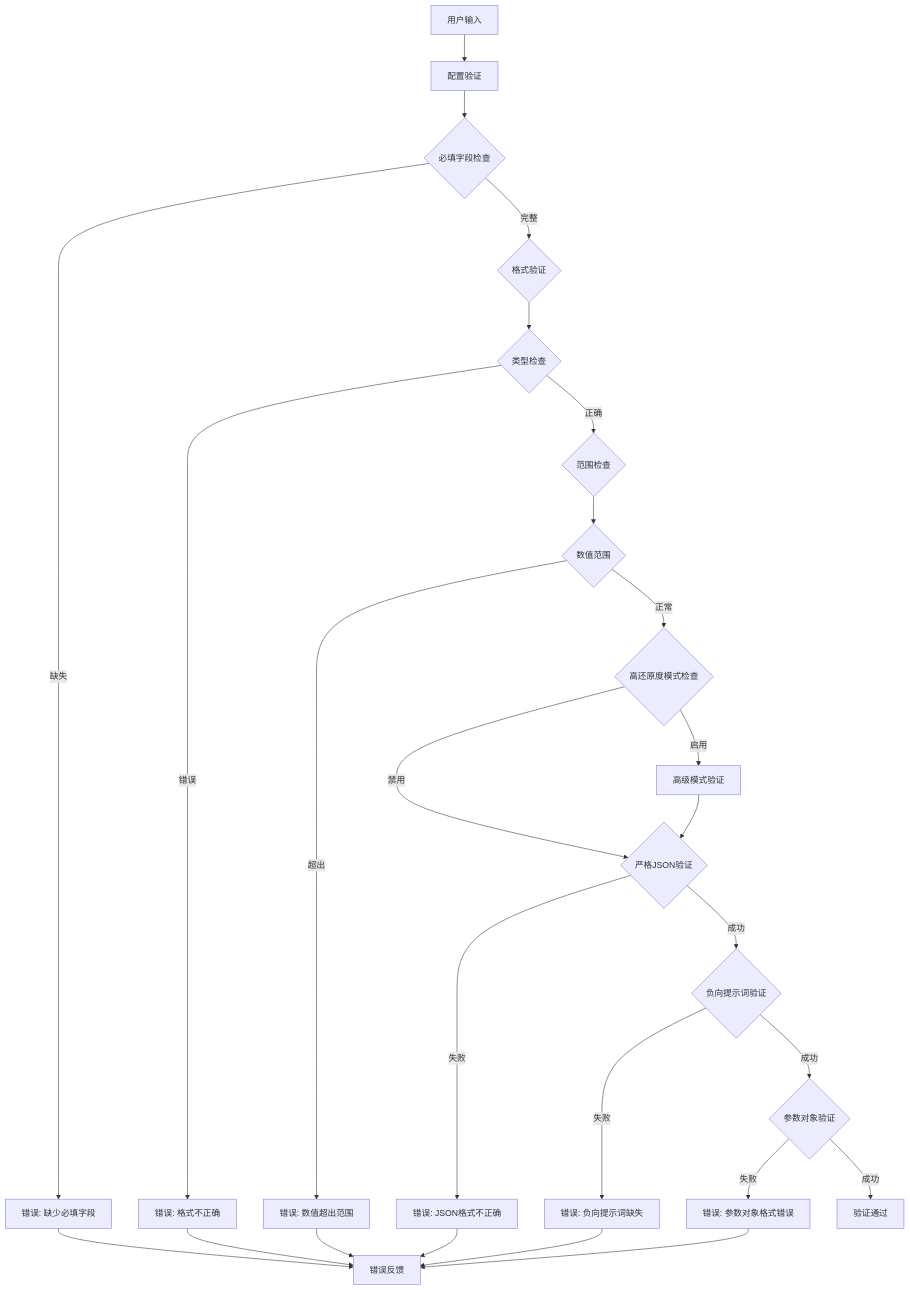
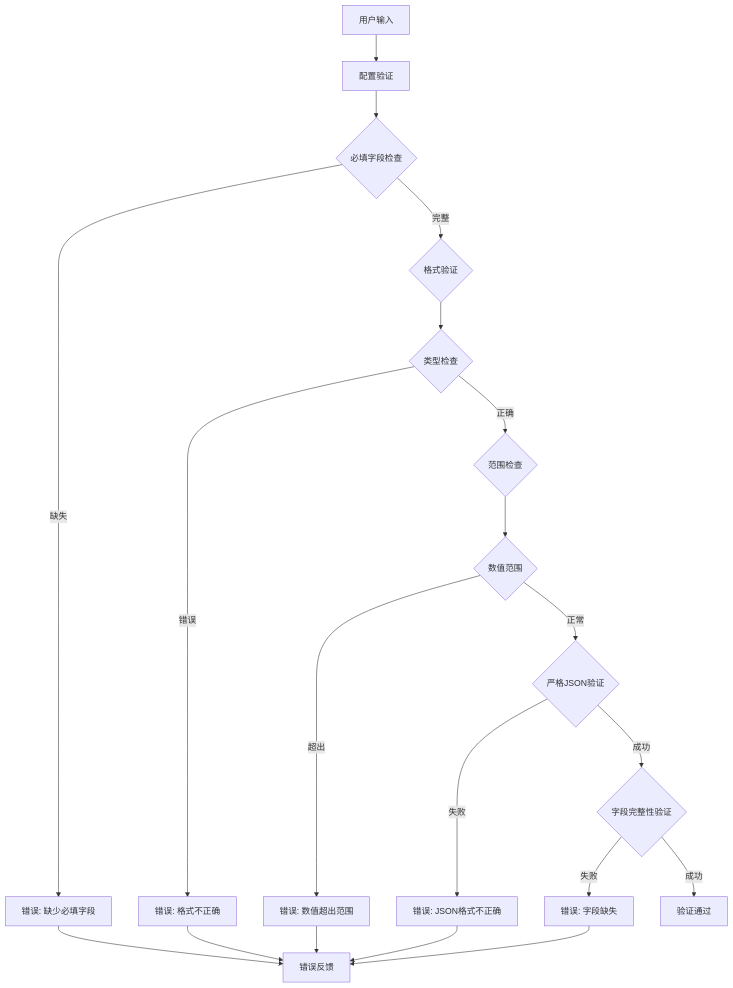
One commit to binasi/Img2Prompt changed the ninth of 11 diagrams in .qoder/repowiki/zh/content/技术架构/核心模块分析/配置管理模块 (config.js).md. Above: the diagram before and after it, drawn with Mermaid. The commit also changed other lines of this file and 9 other files, not shown here.

````diff
--- a/.qoder/repowiki/zh/content/技术架构/核心模块分析/配置管理模块 (config.js).md
+++ b/.qoder/repowiki/zh/content/技术架构/核心模块分析/配置管理模块 (config.js).md
@@ -583,28 +632,22 @@
 ```mermaid
 flowchart TD
 Input[用户输入] --> Validation[配置验证]
 Validation --> Required{必填字段检查}
 Required --> |缺失| Error1[错误: 缺少必填字段]
 Required --> |完整| Format{格式验证}
 Format --> Type{类型检查}
 Type --> |错误| Error2[错误: 格式不正确]
 Type --> |正确| Range{范围检查}
 Range --> Value{数值范围}
 Value --> |超出| Error3[错误: 数值超出范围]
-Value --> |正常| RecreateMode{高还原度模式检查}
-RecreateMode --> |启用| AdvancedCheck[高级模式验证]
-RecreateMode --> |禁用| StrictJSON{严格JSON验证}
-AdvancedCheck --> StrictJSON
+Value --> |正常| StrictJSON{严格JSON验证}
 StrictJSON --> |失败| Error4[错误: JSON格式不正确]
-StrictJSON --> |成功| NegativePrompt{负向提示词验证}
-NegativePrompt --> |失败| Error5[错误: 负向提示词缺失]
-NegativePrompt --> |成功| Parameters{参数对象验证}
-Parameters --> |失败| Error6[错误: 参数对象格式错误]
-Parameters --> |成功| Success[验证通过]
+StrictJSON --> |成功| FieldValidation{字段完整性验证}
+FieldValidation --> |失败| Error5[错误: 字段缺失]
+FieldValidation --> |成功| Success[验证通过]
 Error1 --> Feedback[错误反馈]
 Error2 --> Feedback
 Error3 --> Feedback
 Error4 --> Feedback
 Error5 --> Feedback
-Error6 --> Feedback
 ```
````
